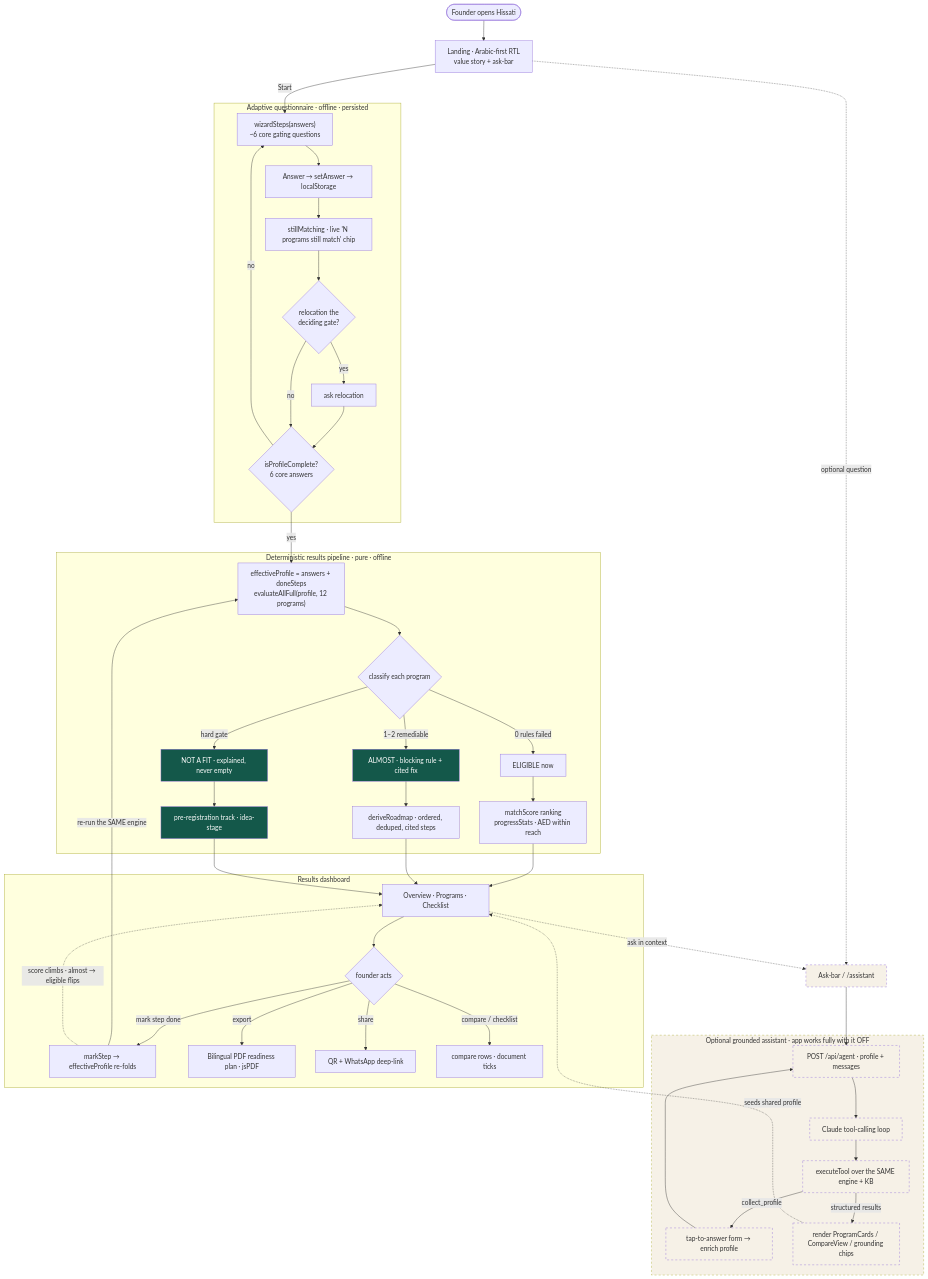
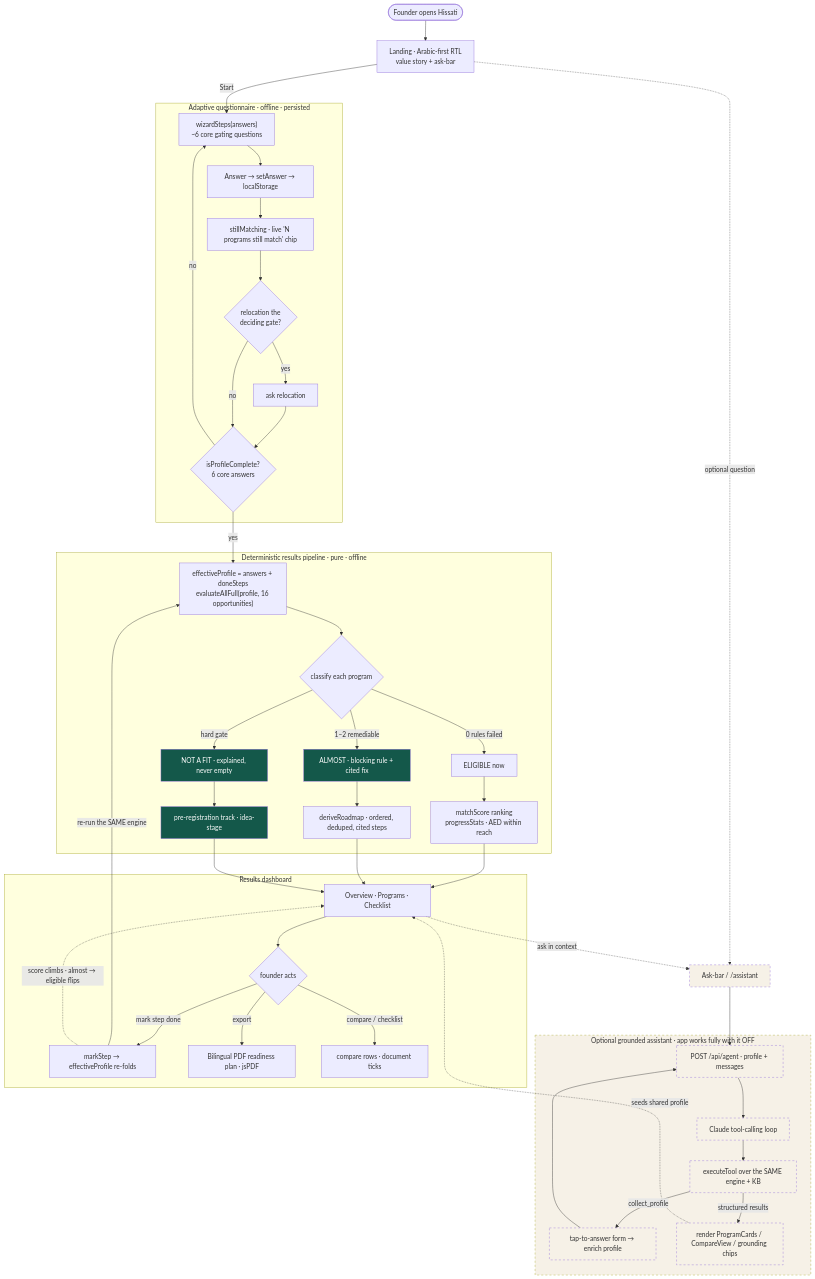
Before and after one commit to theParitet/hissati: the first of 3 diagrams in README.md, drawn with Mermaid. The commit also changed other lines of this file and 11 other files, not shown here.

````diff
--- a/README.md
+++ b/README.md
@@ -59,60 +59,59 @@
 ```mermaid
 flowchart TD
   START([Founder opens Hissati]) --> LAND["Landing · Arabic-first RTL<br/>value story + ask-bar"]
   LAND -->|Start| WIZ
   LAND -. optional question .-> ASK
 
   subgraph WIZARD["Adaptive questionnaire · offline · persisted"]
     WIZ["wizardSteps(answers)<br/>~6 core gating questions"] --> ANS["Answer → setAnswer → localStorage"]
     ANS --> LIVE["stillMatching · live 'N programs still match' chip"]
     LIVE --> RELOC{"relocation the<br/>deciding gate?"}
     RELOC -->|yes| ASKR["ask relocation"]
     ASKR --> COMPLETE
     RELOC -->|no| COMPLETE{"isProfileComplete?<br/>6 core answers"}
     COMPLETE -->|no| WIZ
   end
 
   COMPLETE -->|yes| EVAL
 
   subgraph ENGINE["Deterministic results pipeline · pure · offline"]
-    EVAL["effectiveProfile = answers + doneSteps<br/>evaluateAllFull(profile, 12 programs)"] --> BUCKETS{"classify each program"}
+    EVAL["effectiveProfile = answers + doneSteps<br/>evaluateAllFull(profile, 16 opportunities)"] --> BUCKETS{"classify each program"}
     BUCKETS -->|0 rules failed| ELIG["ELIGIBLE now"]
     BUCKETS -->|1–2 remediable| ALMOST["ALMOST · blocking rule + cited fix"]
     BUCKETS -->|hard gate| NOTFIT["NOT A FIT · explained, never empty"]
     ELIG --> RANK["matchScore ranking<br/>progressStats · AED within reach"]
     ALMOST --> ROADMAP["deriveRoadmap · ordered, deduped, cited steps"]
     NOTFIT --> PREREG["pre-registration track · idea-stage"]
   end
 
   RANK --> DASH
   ROADMAP --> DASH
   PREREG --> DASH
 
   subgraph RESULTS["Results dashboard"]
     DASH["Overview · Programs · Checklist"] --> ACTIONS{"founder acts"}
     ACTIONS -->|mark step done| MARK["markStep → effectiveProfile re-folds"]
     ACTIONS -->|export| PDFOUT["Bilingual PDF readiness plan · jsPDF"]
-    ACTIONS -->|share| SHAREOUT["QR + WhatsApp deep-link"]
     ACTIONS -->|compare / checklist| DETAIL["compare rows · document ticks"]
   end
 
   MARK -->|re-run the SAME engine| EVAL
   MARK -. "score climbs · almost → eligible flips" .-> DASH
 
   ASK["Ask-bar / /assistant"] --> AGENT
   DASH -. ask in context .-> ASK
 
   subgraph ASSIST["Optional grounded assistant · app works fully with it OFF"]
     AGENT["POST /api/agent · profile + messages"] --> LOOP["Claude tool-calling loop"]
     LOOP --> TOOLEX["executeTool over the SAME engine + KB"]
     TOOLEX -->|collect_profile| FORM["tap-to-answer form → enrich profile"]
     FORM --> AGENT
     TOOLEX -->|structured results| RENDER["render ProgramCards / CompareView / grounding chips"]
   end
   RENDER -. seeds shared profile .-> DASH
 
   classDef opt stroke-dasharray:5 5,fill:#f6f1e7;
   class ASSIST,ASK,AGENT,LOOP,TOOLEX,FORM,RENDER opt;
   classDef guard fill:#14584a,color:#ffffff;
   class ALMOST,NOTFIT,PREREG guard;
 ```
````
